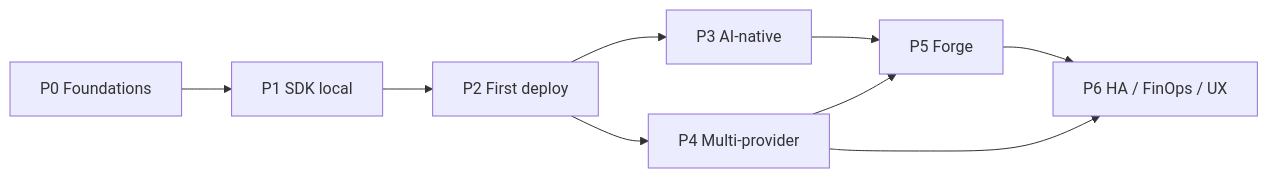
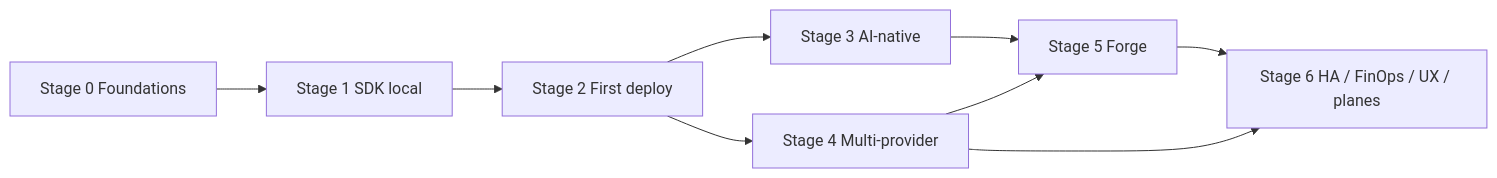
Before and after one commit to Tyler-R-Kendrick/HoBo: the diagram in docs/design/phases/README.md, drawn with Mermaid. The commit also changed other lines of this file and 17 other files, not shown here.

````diff
--- a/docs/design/phases/README.md
+++ b/docs/design/phases/README.md
@@ -17,11 +19,11 @@
 ```mermaid
 flowchart LR
-  P0[P0 Foundations] --> P1[P1 SDK local]
-  P1 --> P2[P2 First deploy]
-  P2 --> P3[P3 AI-native]
-  P2 --> P4[P4 Multi-provider]
-  P3 --> P5[P5 Forge]
-  P4 --> P5
-  P5 --> P6[P6 HA / FinOps / UX]
-  P4 --> P6
+  S0[Stage 0 Foundations] --> S1[Stage 1 SDK local]
+  S1 --> S2[Stage 2 First deploy]
+  S2 --> S3[Stage 3 AI-native]
+  S2 --> S4[Stage 4 Multi-provider]
+  S3 --> S5[Stage 5 Forge]
+  S4 --> S5
+  S5 --> S6[Stage 6 HA / FinOps / UX / planes]
+  S4 --> S6
 ```
````
